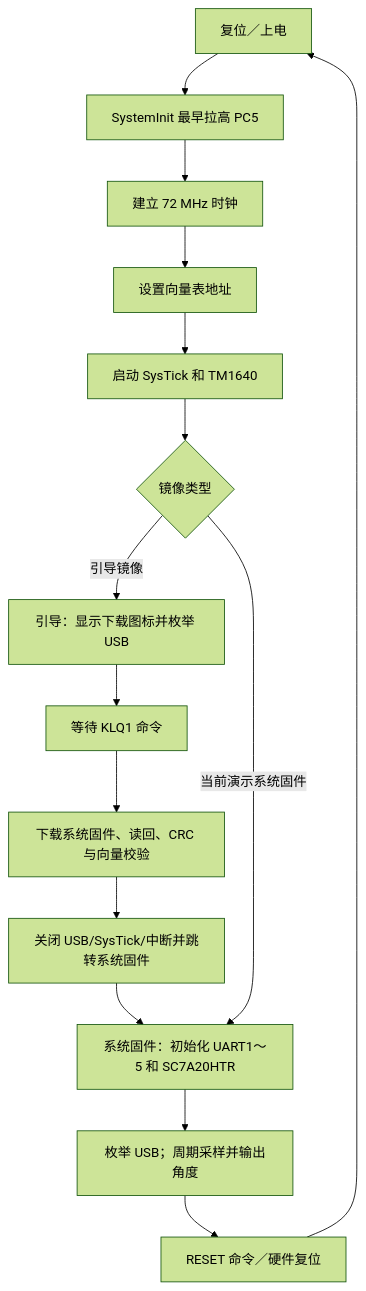
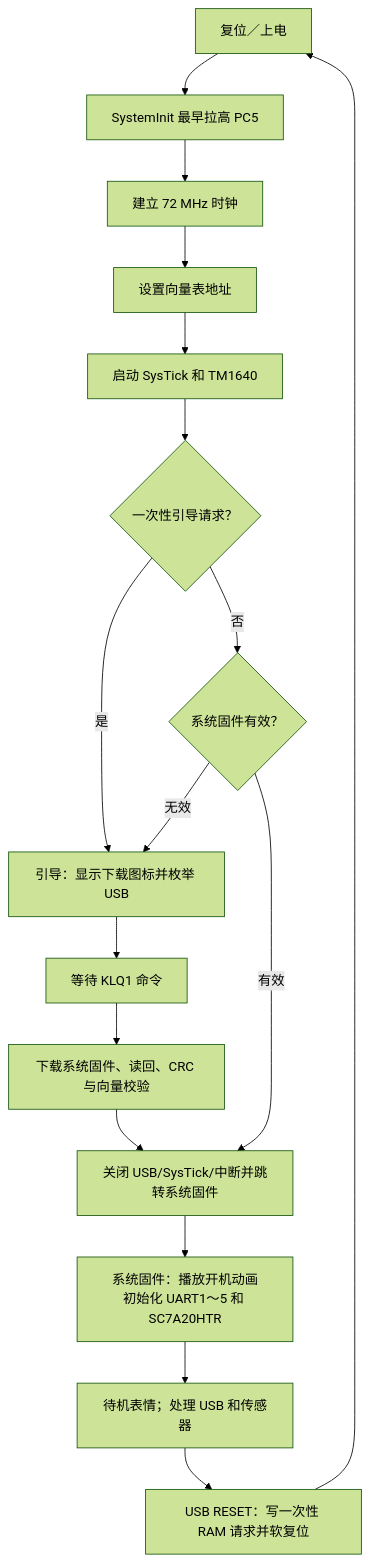
Before and after one commit to msl1831/KLQ_V2: the third of 6 diagrams in docs/architecture_current.md, drawn with Mermaid (forest theme). The commit also changed other lines of this file and 18 other files, not shown here.

````diff
--- a/docs/architecture_current.md
+++ b/docs/architecture_current.md
@@ -107,23 +107,27 @@
 ```mermaid
 flowchart TD
     RESET[复位／上电]
     HOLD[SystemInit 最早拉高 PC5]
     CLOCK[建立 72 MHz 时钟]
     VECTOR[设置向量表地址]
     BOARD[启动 SysTick 和 TM1640]
-    MODE{镜像类型}
+    REQUEST{一次性引导请求？}
+    VALID{系统固件有效？}
     BOOT[引导：显示下载图标并枚举 USB]
     WAIT[等待 KLQ1 命令]
     VERIFY[下载系统固件、读回、CRC 与向量校验]
     JUMP[关闭 USB/SysTick/中断并跳转系统固件]
-    INIT[系统固件：初始化 UART1～5 和 SC7A20HTR]
-    STREAM[枚举 USB；周期采样并输出角度]
-    BACK[RESET 命令／硬件复位]
+    INIT[系统固件：播放开机动画<br/>初始化 UART1～5 和 SC7A20HTR]
+    STANDBY[待机表情；处理 USB 和传感器]
+    BACK[USB RESET：写一次性 RAM 请求并软复位]
 
-    RESET --> HOLD --> CLOCK --> VECTOR --> BOARD --> MODE
-    MODE -->|引导镜像| BOOT --> WAIT
+    RESET --> HOLD --> CLOCK --> VECTOR --> BOARD --> REQUEST
+    REQUEST -->|是| BOOT
+    REQUEST -->|否| VALID
+    VALID -->|无效| BOOT
+    VALID -->|有效| JUMP
+    BOOT --> WAIT
     WAIT --> VERIFY --> JUMP --> INIT
-    MODE -->|当前演示系统固件| INIT
-    INIT --> STREAM
-    STREAM --> BACK --> RESET
+    INIT --> STANDBY
+    STANDBY --> BACK --> RESET
 ```
````
